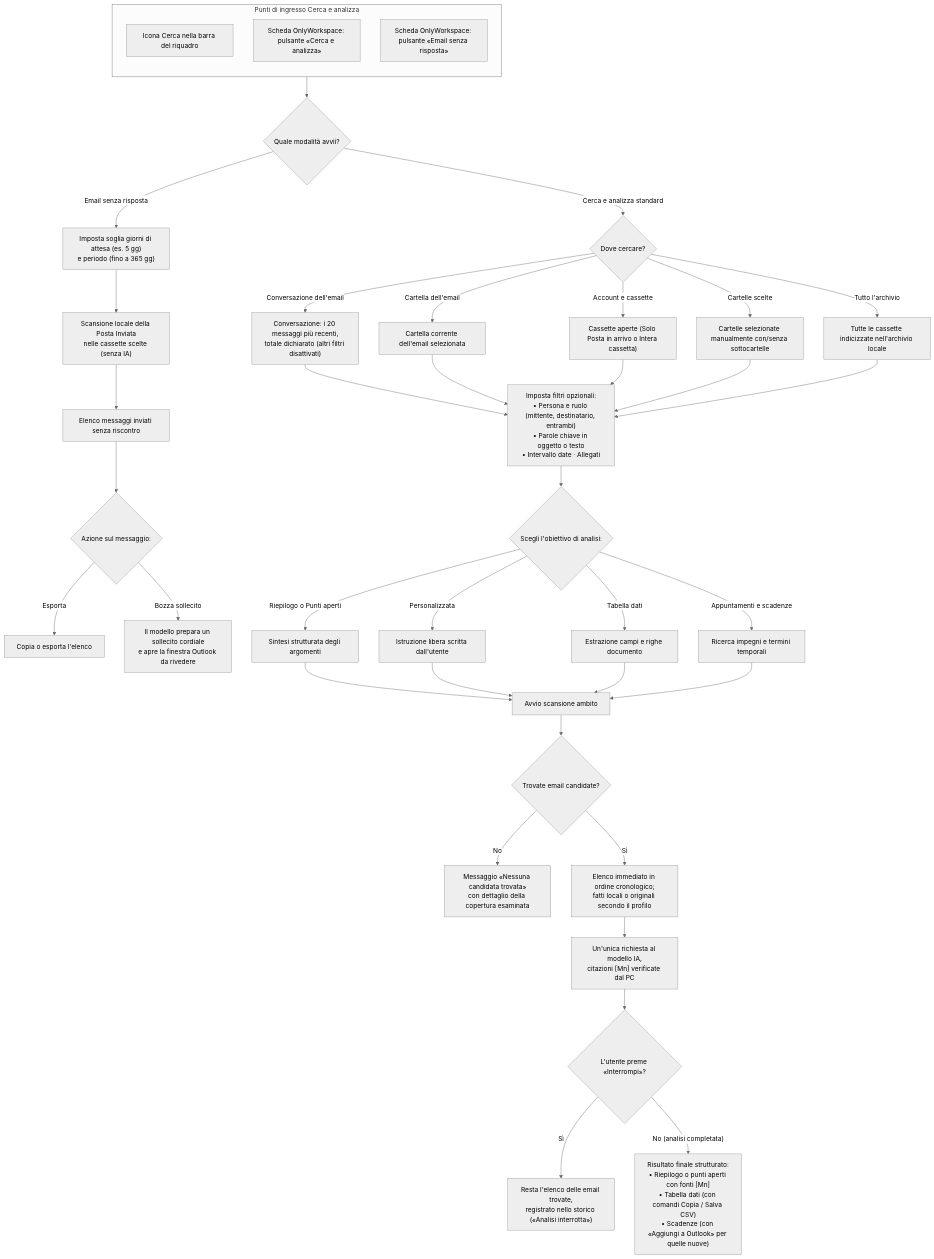
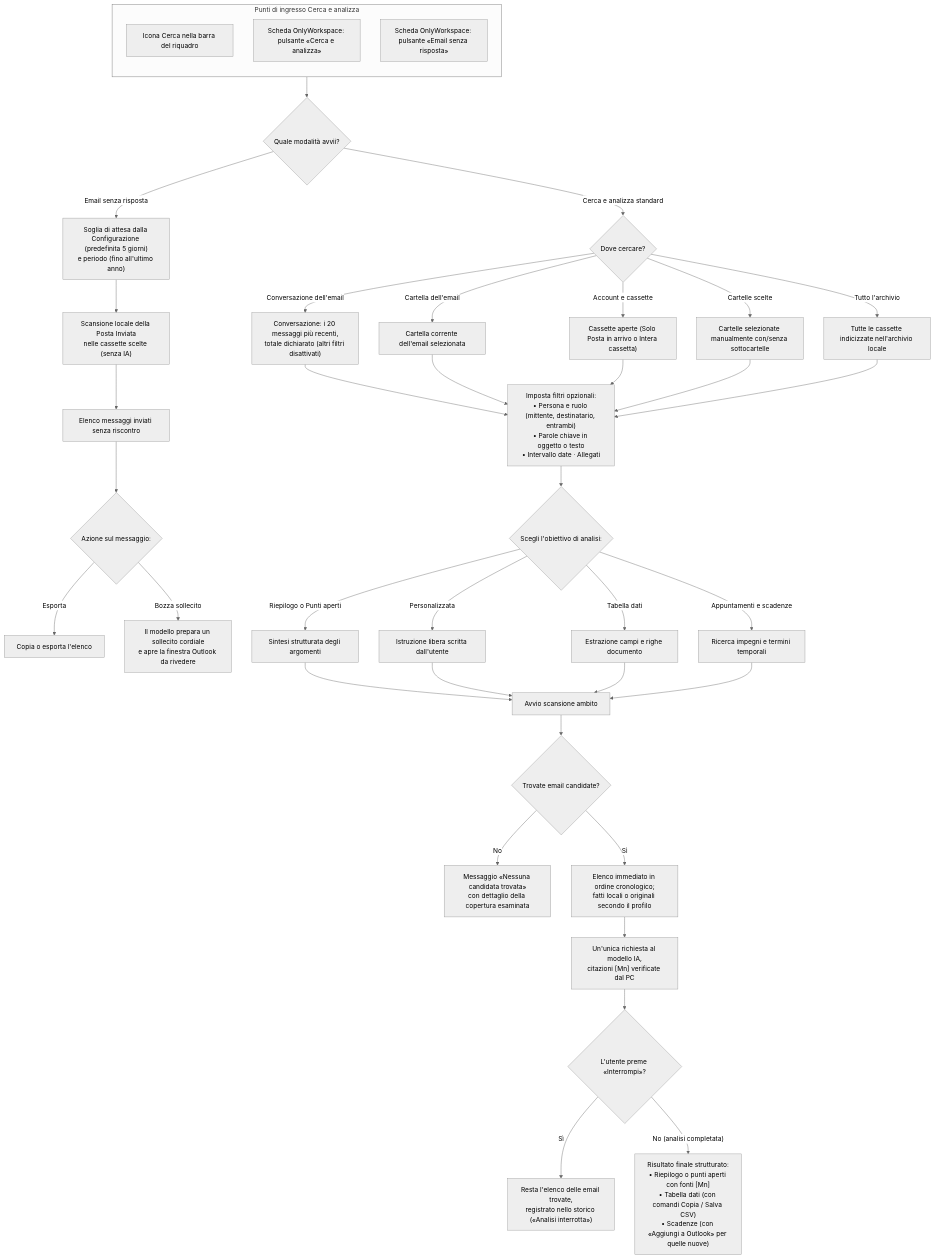
One commit to dennidalpos/OnlyWorkspace changed the fourth of 6 diagrams in docs/utente/guida-visiva.md. Above: the diagram before and after it, drawn with Mermaid (neutral theme). The commit also changed other lines of this file and 7 other files, not shown here.

````diff
--- a/docs/utente/guida-visiva.md
+++ b/docs/utente/guida-visiva.md
@@ -195,55 +195,55 @@
 ```mermaid
 flowchart TD
     subgraph INGRESSO_SEARCH["Punti di ingresso Cerca e analizza"]
         direction TB
         S1["Icona Cerca nella barra del riquadro"]
         S2["Scheda OnlyWorkspace: pulsante «Cerca e analizza»"]
         S3["Scheda OnlyWorkspace: pulsante «Email senza risposta»"]
     end
 
     INGRESSO_SEARCH --> RAMO_TIPO{"Quale modalità avvii?"}
 
-    RAMO_TIPO -->|"Email senza risposta"| ESR_SETUP["Imposta soglia giorni di attesa (es. 5 gg)<br/>e periodo (fino a 365 gg)"]
+    RAMO_TIPO -->|"Email senza risposta"| ESR_SETUP["Soglia di attesa dalla Configurazione (predefinita 5 giorni)<br/>e periodo (fino all'ultimo anno)"]
     ESR_SETUP --> ESR_RUN["Scansione locale della Posta Inviata<br/>nelle cassette scelte (senza IA)"]
     ESR_RUN --> ESR_RES["Elenco messaggi inviati senza riscontro"]
     ESR_RES --> ESR_ACT{"Azione sul messaggio:"}
     ESR_ACT -->|"Esporta"| ESR_EXP["Copia o esporta l'elenco"]
     ESR_ACT -->|"Bozza sollecito"| ESR_DRAFT["Il modello prepara un sollecito cordiale<br/>e apre la finestra Outlook da rivedere"]
 
     RAMO_TIPO -->|"Cerca e analizza standard"| AMBITO{"Dove cercare?"}
 
     AMBITO -->|"Conversazione dell'email"| AMB_CONV["Conversazione: i 20 messaggi più recenti,<br/>totale dichiarato (altri filtri disattivati)"]
     AMBITO -->|"Cartella dell'email"| AMB_FOLD["Cartella corrente dell'email selezionata"]
     AMBITO -->|"Account e cassette"| AMB_BOX["Cassette aperte (Solo Posta in arrivo o Intera cassetta)"]
     AMBITO -->|"Cartelle scelte"| AMB_TREE["Cartelle selezionate manualmente con/senza sottocartelle"]
     AMBITO -->|"Tutto l'archivio"| AMB_ARCH["Tutte le cassette indicizzate nell'archivio locale"]
 
     AMB_CONV --> FILTRI
     AMB_FOLD --> FILTRI
     AMB_BOX --> FILTRI
     AMB_TREE --> FILTRI
     AMB_ARCH --> FILTRI
 
     FILTRI["Imposta filtri opzionali:<br/>• Persona e ruolo (mittente, destinatario, entrambi)<br/>• Parole chiave in oggetto o testo<br/>• Intervallo date · Allegati"]
 
     FILTRI --> OBIETTIVO{"Scegli l'obiettivo di analisi:"}
 
     OBIETTIVO -->|"Riepilogo o Punti aperti"| OB_SUM["Sintesi strutturata degli argomenti"]
     OBIETTIVO -->|"Personalizzata"| OB_CUST["Istruzione libera scritta dall'utente"]
     OBIETTIVO -->|"Tabella dati"| OB_TAB["Estrazione campi e righe documento"]
     OBIETTIVO -->|"Appuntamenti e scadenze"| OB_DATE["Ricerca impegni e termini temporali"]
 
     OB_SUM --> RUN_SEARCH["Avvio scansione ambito"]
     OB_CUST --> RUN_SEARCH
     OB_TAB --> RUN_SEARCH
     OB_DATE --> RUN_SEARCH
 
     RUN_SEARCH --> CHECK_CAND{"Trovate email candidate?"}
     CHECK_CAND -->|"No"| RES_ZERO["Messaggio «Nessuna candidata trovata»<br/>con dettaglio della copertura esaminata"]
     CHECK_CAND -->|"Sì"| READ_BATCH["Elenco immediato in ordine cronologico;<br/>fatti locali o originali secondo il profilo"]
     READ_BATCH --> PROCESS_IA["Un'unica richiesta al modello IA,<br/>citazioni [Mn] verificate dal PC"]
 
     PROCESS_IA --> CHECK_USER_STOP{"L'utente preme «Interrompi»?"}
     CHECK_USER_STOP -->|"Sì"| RES_PARTIAL["Resta l'elenco delle email trovate,<br/>registrato nello storico («Analisi interrotta»)"]
     CHECK_USER_STOP -->|"No (analisi completata)"| RES_FULL["Risultato finale strutturato:<br/>• Riepilogo o punti aperti con fonti [Mn]<br/>• Tabella dati (con comandi Copia / Salva CSV)<br/>• Scadenze (con «Aggiungi a Outlook» per quelle nuove)"]
 ```
````
